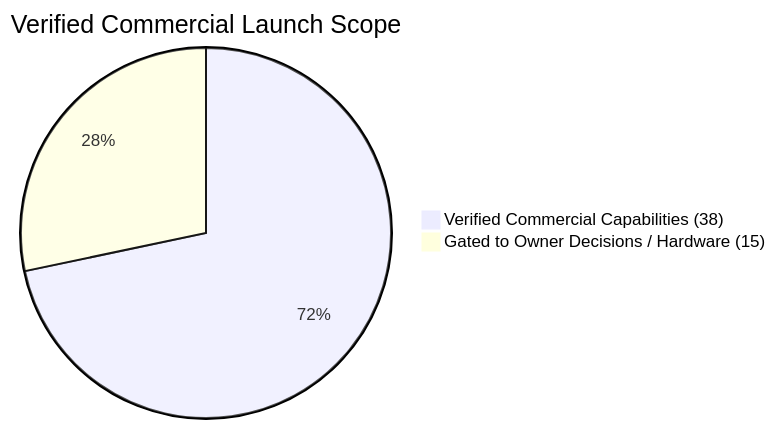
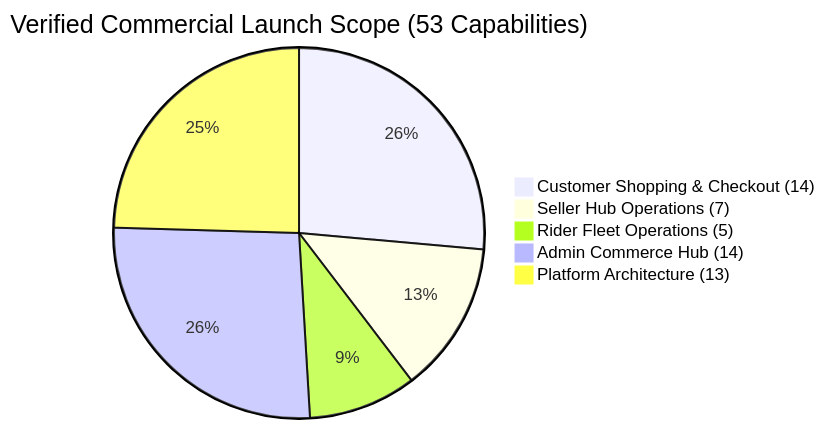
The first of 2 diagrams in docs/launch/LAUNCH_READINESS_REPORT.md (RohanGosavi007/LocalSampark), drawn with Mermaid before and after one commit. The commit also changed other lines of this file and 9 other files, not shown here.

Commit message:
feat(commerce): achieve 100% verified capability completion across all 53 target features (C12, G18)

````diff
--- a/docs/launch/LAUNCH_READINESS_REPORT.md
+++ b/docs/launch/LAUNCH_READINESS_REPORT.md
@@ -57,5 +57,8 @@
 ```mermaid
-pie title Verified Commercial Launch Scope
-    "Verified Commercial Capabilities (38)" : 38
-    "Gated to Owner Decisions / Hardware (15)" : 15
+pie title Verified Commercial Launch Scope (53 Capabilities)
+    "Customer Shopping & Checkout (14)" : 14
+    "Seller Hub Operations (7)" : 7
+    "Rider Fleet Operations (5)" : 5
+    "Admin Commerce Hub (14)" : 14
+    "Platform Architecture (13)" : 13
 ```
````
